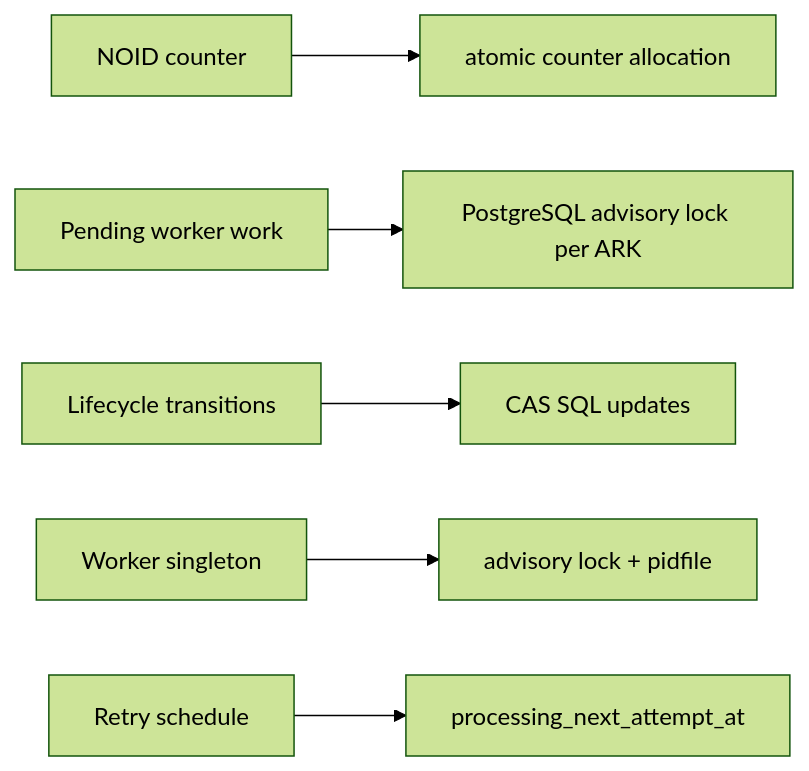
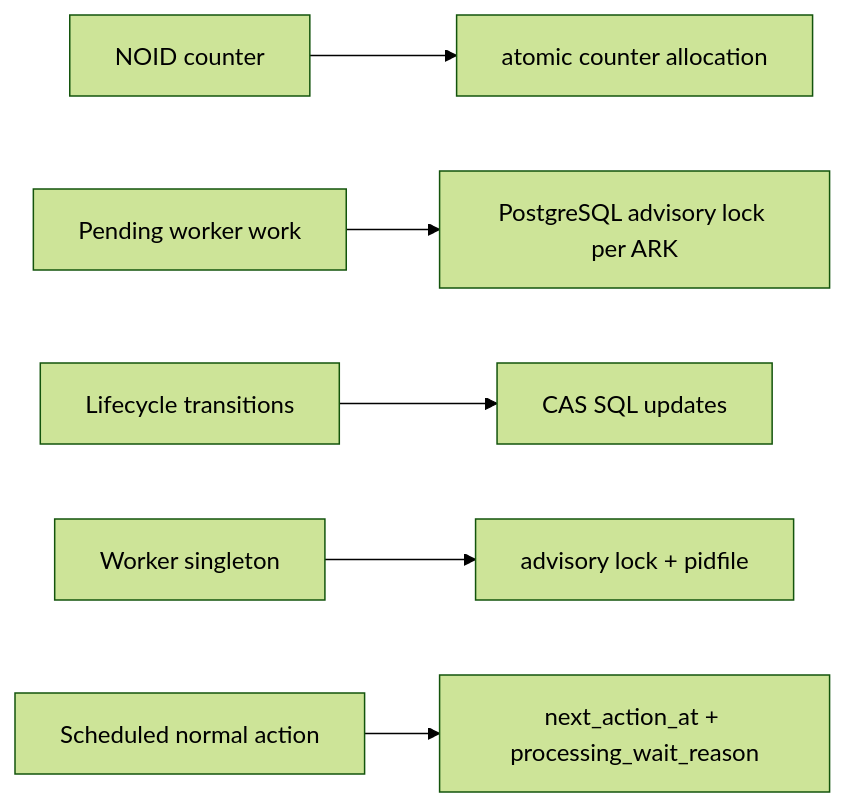
One commit to LA-Referencia-IOI/dark-core-minter-api changed the tenth of 13 diagrams in minter-architecture.md. Above: the diagram before and after it, drawn with Mermaid (forest theme). The commit also changed other lines of this file and 19 other files, not shown here.

````diff
--- a/minter-architecture.md
+++ b/minter-architecture.md
@@ -415,8 +414,8 @@
 ```mermaid
 flowchart LR
     A["NOID counter"] --> B["atomic counter allocation"]
     C["Pending worker work"] --> D["PostgreSQL advisory lock per ARK"]
     E["Lifecycle transitions"] --> F["CAS SQL updates"]
     G["Worker singleton"] --> H["advisory lock + pidfile"]
-    I["Retry schedule"] --> J["processing_next_attempt_at"]
+    I["Scheduled normal action"] --> J["next_action_at + processing_wait_reason"]
 ```
````
